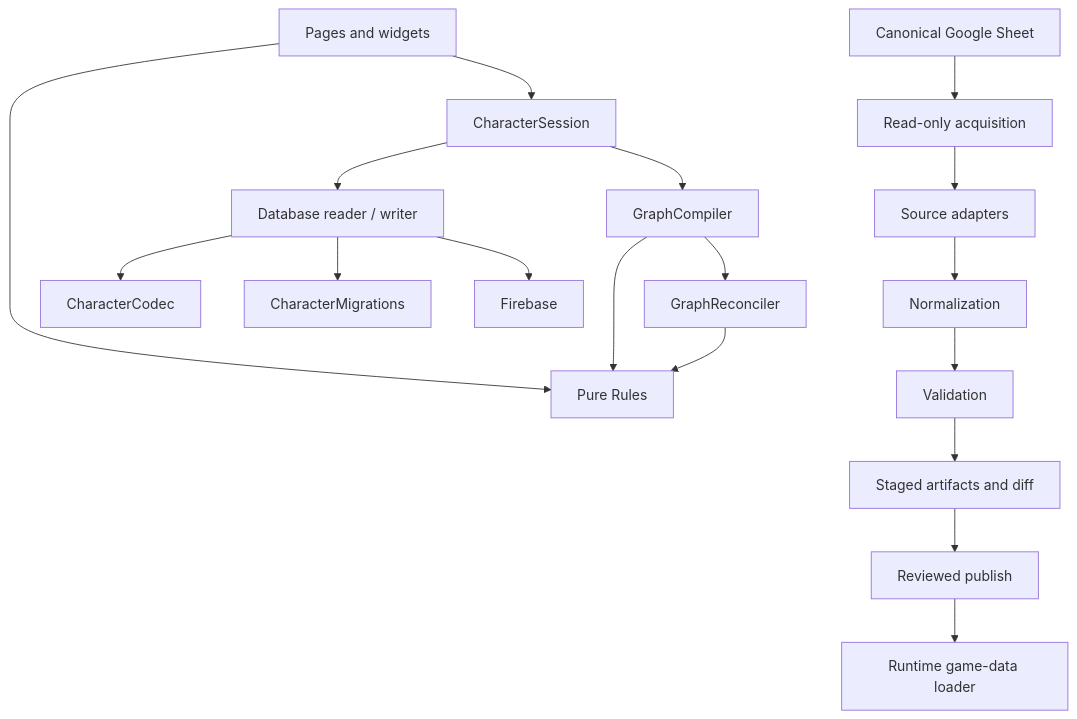
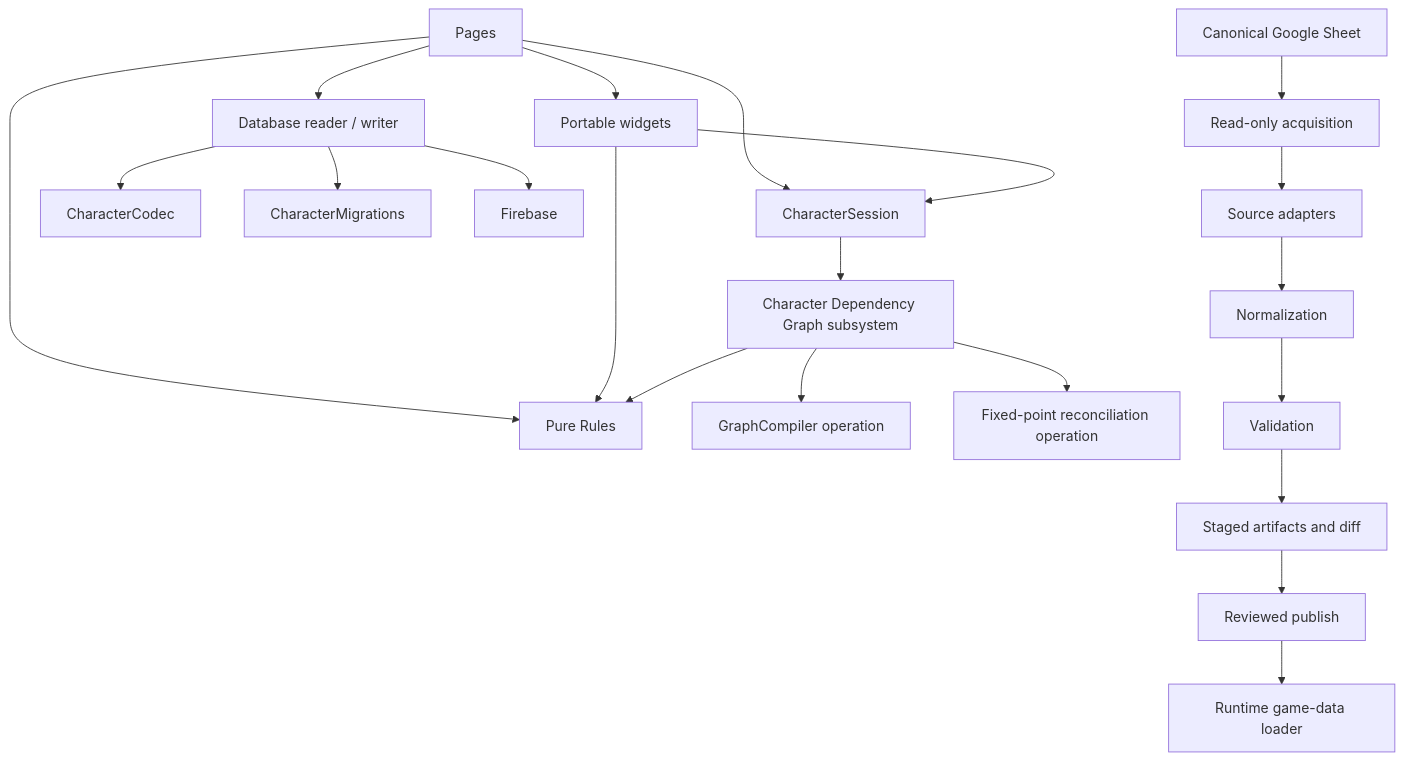
The first of 2 diagrams in docs/architecture.md (Cwalrus96/Game-X-Character-Builder), drawn with Mermaid before and after one commit. The commit also changed other lines of this file and 84 other files, not shown here.

Commit message:
Migrate builder domains to character session graph

````diff
--- a/docs/architecture.md
+++ b/docs/architecture.md
@@ -36,21 +36,24 @@
 ```mermaid
 flowchart TD
-    Page["Pages and widgets"] --> Session["CharacterSession"]
+    Page["Pages"] --> Widget["Portable widgets"]
+    Page --> Session["CharacterSession"]
+    Widget --> Session
     Page --> Rules["Pure Rules"]
-    Session --> Compiler["GraphCompiler"]
-    Compiler --> Reconciler["GraphReconciler"]
-    Compiler --> Rules
-    Reconciler --> Rules
-    Session --> Persistence["Database reader / writer"]
+    Widget --> Rules
+    Session --> Graph["Character Dependency Graph subsystem"]
+    Graph --> Compiler["GraphCompiler operation"]
+    Graph --> Reconciler["Fixed-point reconciliation operation"]
+    Graph --> Rules
+    Page --> Persistence["Database reader / writer"]
     Persistence --> Codec["CharacterCodec"]
     Persistence --> Migrations["CharacterMigrations"]
     Persistence --> Firebase["Firebase"]
 
     Sheet["Canonical Google Sheet"] --> Acquire["Read-only acquisition"]
     Acquire --> Adapt["Source adapters"]
     Adapt --> Normalize["Normalization"]
     Normalize --> Validate["Validation"]
     Validate --> Stage["Staged artifacts and diff"]
     Stage --> Publish["Reviewed publish"]
     Publish --> Runtime["Runtime game-data loader"]
 ```
````
